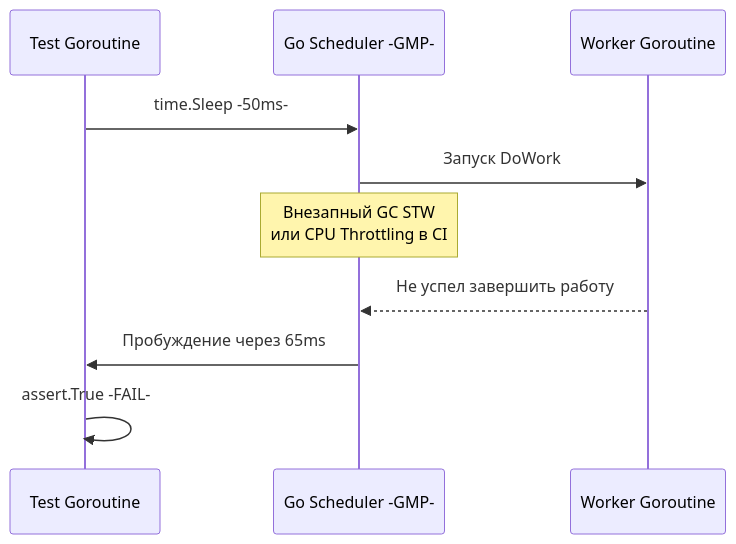
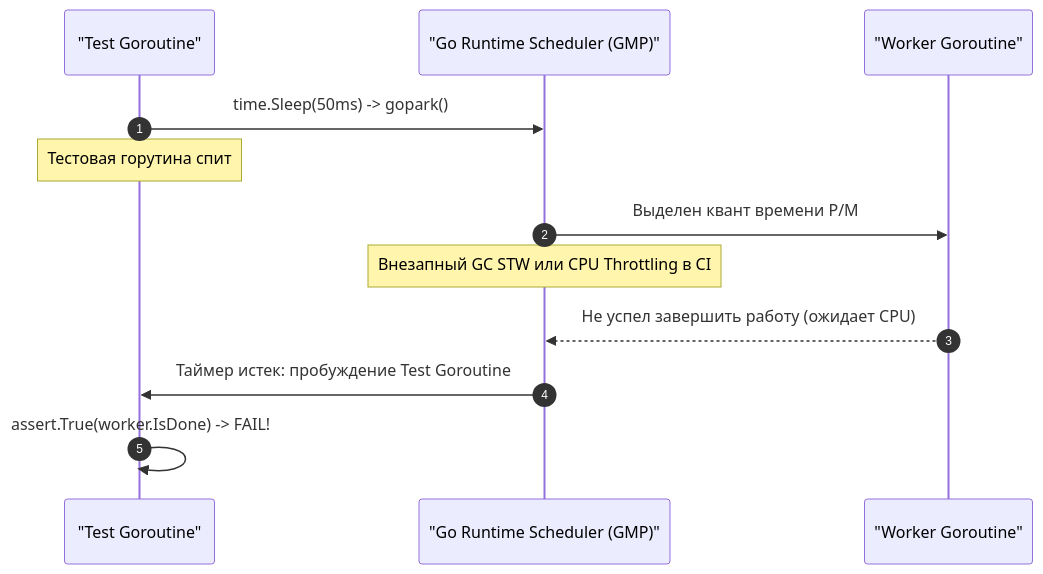
The first of 2 diagrams in sources/15. Тестирование в Go (QA & Testing)/01. Фундамент/6. Flaky тесты и их причины.md (UnrealTemplier/go-textbook), drawn with Mermaid before and after one commit. The commit also changed other lines of this file, not shown here.

````diff
--- a/sources/15. Тестирование в Go (QA & Testing)/01. Фундамент/6. Flaky тесты и их причины.md
+++ b/sources/15. Тестирование в Go (QA & Testing)/01. Фундамент/6. Flaky тесты и их причины.md
@@ -37,13 +52,15 @@
 ```mermaid
 sequenceDiagram
-    participant Test as Test Goroutine
-    participant Sched as Go Scheduler -GMP-
-    participant Worker as Worker Goroutine
+    autonumber
+    participant Test as "Test Goroutine"
+    participant Sched as "Go Runtime Scheduler (GMP)"
+    participant Worker as "Worker Goroutine"
     
-    Test->>Sched: time.Sleep -50ms-
-    Sched->>Worker: Запуск DoWork
-    Note over Sched: Внезапный GC STW <br>или CPU Throttling в CI
-    Worker-->>Sched: Не успел завершить работу
-    Sched->>Test: Пробуждение через 65ms
-    Test->>Test: assert.True -FAIL-
+    Test->>Sched: time.Sleep(50ms) -> gopark()
+    Note over Test: Тестовая горутина спит
+    Sched->>Worker: Выделен квант времени P/M
+    Note over Sched: Внезапный GC STW или CPU Throttling в CI
+    Worker-->>Sched: Не успел завершить работу (ожидает CPU)
+    Sched->>Test: Таймер истек: пробуждение Test Goroutine
+    Test->>Test: assert.True(worker.IsDone) -> FAIL!
 ```
````
